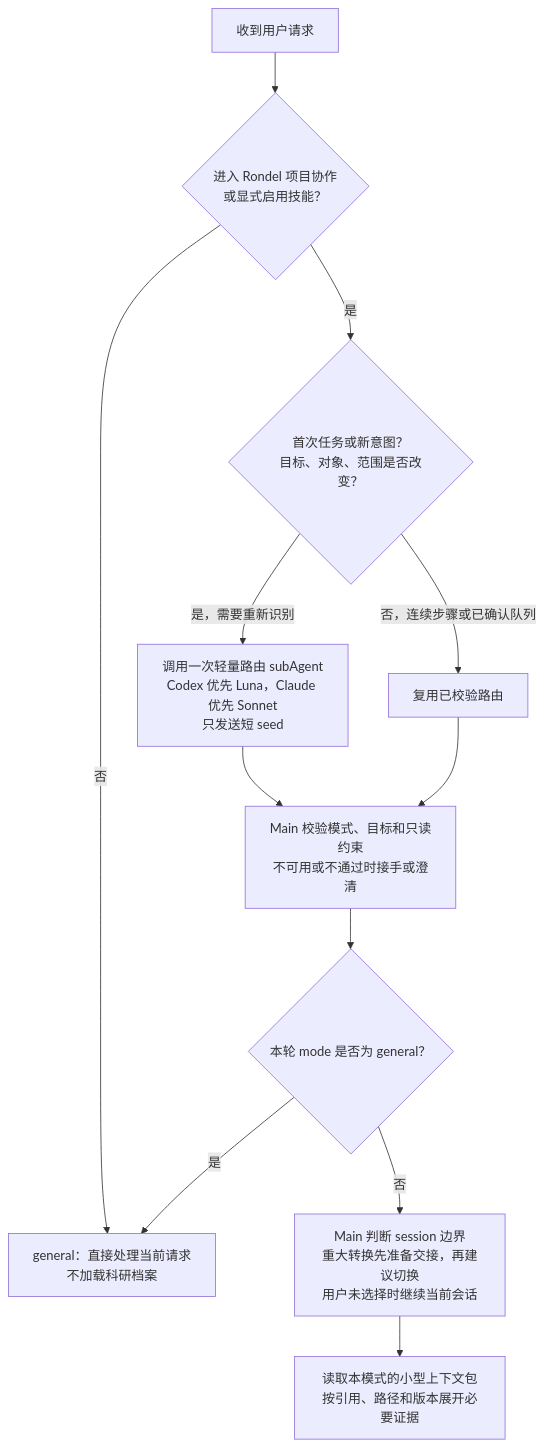
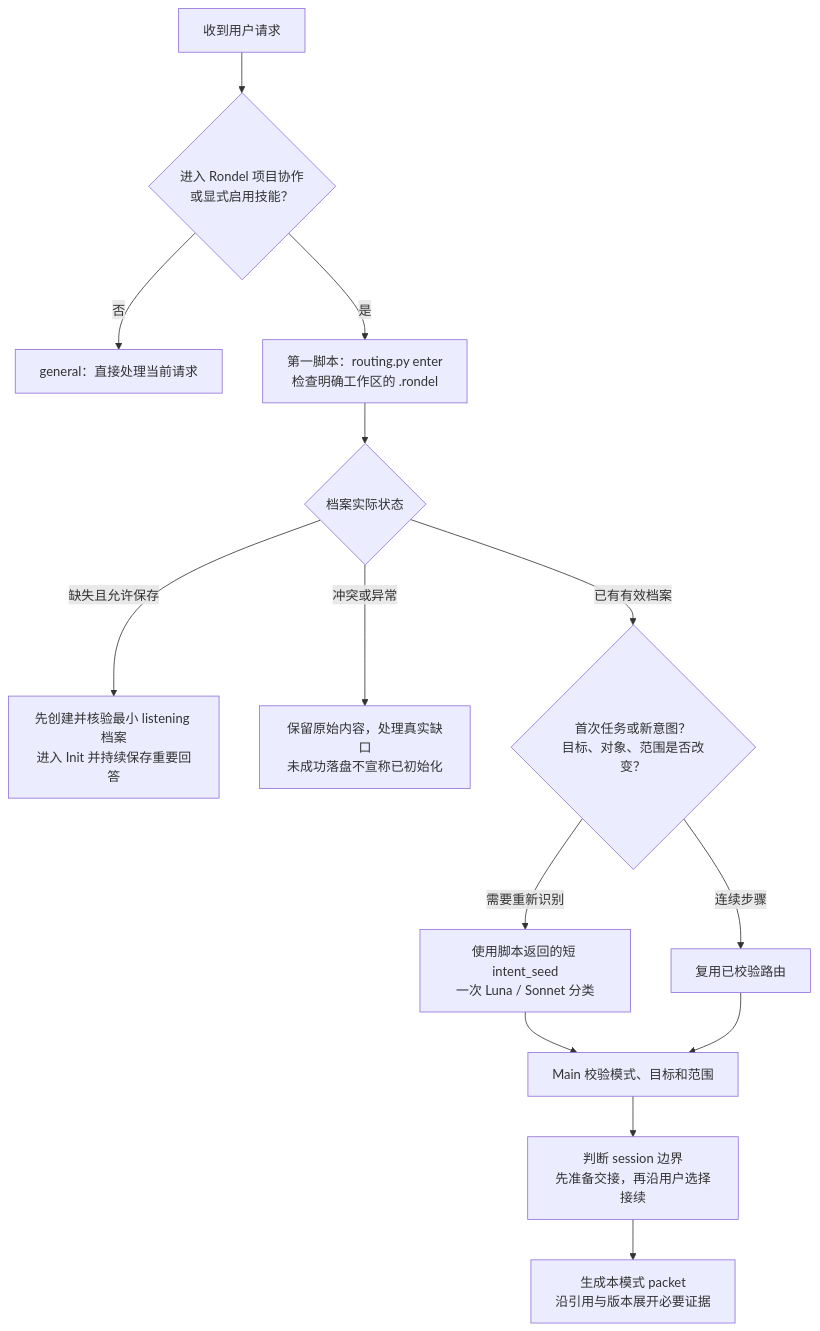
The diagram in docs/routing-map.md (ZoltraakDiego/Rondel), drawn with Mermaid before and after one commit. The commit also changed other lines of this file and 81 other files, not shown here.

Commit message:
fix: persist intake before routing and standardize .rondel entry

````diff
--- a/docs/routing-map.md
+++ b/docs/routing-map.md
@@ -9,14 +9,16 @@
 ```mermaid
 flowchart TD
     A["收到用户请求"] --> B{"进入 Rondel 项目协作<br/>或显式启用技能？"}
-    B -->|否| G["general：直接处理当前请求<br/>不加载科研档案"]
-    B -->|是| C{"首次任务或新意图？<br/>目标、对象、范围是否改变？"}
-    C -->|是，需要重新识别| L["调用一次轻量路由 subAgent<br/>Codex 优先 Luna，Claude 优先 Sonnet<br/>只发送短 seed"]
-    C -->|否，连续步骤或已确认队列| R["复用已校验路由"]
-    L --> V["Main 校验模式、目标和只读约束<br/>不可用或不通过时接手或澄清"]
+    B -->|否| G["general：直接处理当前请求"]
+    B -->|是| E["第一脚本：routing.py enter<br/>检查明确工作区的 .rondel"]
+    E --> F{"档案实际状态"}
+    F -->|缺失且允许保存| I["先创建并核验最小 listening 档案<br/>进入 Init 并持续保存重要回答"]
+    F -->|冲突或异常| X["保留原始内容，处理真实缺口<br/>未成功落盘不宣称已初始化"]
+    F -->|已有有效档案| C{"首次任务或新意图？<br/>目标、对象、范围是否改变？"}
+    C -->|需要重新识别| L["使用脚本返回的短 intent_seed<br/>一次 Luna / Sonnet 分类"]
+    C -->|连续步骤| R["复用已校验路由"]
+    L --> V["Main 校验模式、目标和范围"]
     R --> V
-    V --> M{"本轮 mode 是否为 general？"}
-    M -->|是| G
-    M -->|否| S["Main 判断 session 边界<br/>重大转换先准备交接，再建议切换<br/>用户未选择时继续当前会话"]
-    S --> P["读取本模式的小型上下文包<br/>按引用、路径和版本展开必要证据"]
+    V --> S["判断 session 边界<br/>先准备交接，再沿用户选择接续"]
+    S --> P["生成本模式 packet<br/>沿引用与版本展开必要证据"]
 ```
````
